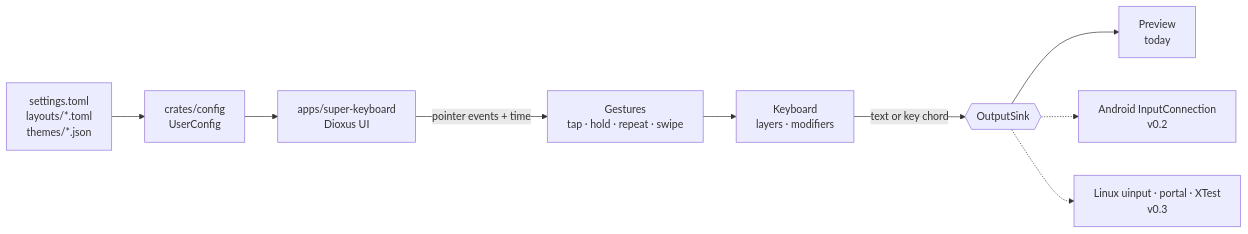
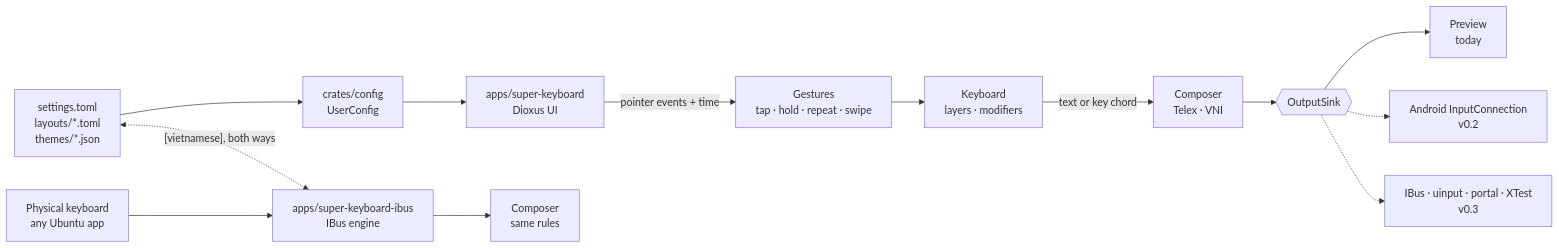
Before and after one commit to khanguyenseltec/super-keyboard: the diagram in README.md, drawn with Mermaid. The commit also changed other lines of this file and 46 other files, not shown here.

````diff
--- a/README.md
+++ b/README.md
@@ -294,11 +373,15 @@
 ```mermaid
 flowchart LR
     files["settings.toml<br/>layouts/*.toml<br/>themes/*.json"] --> config["crates/config<br/>UserConfig"]
     config --> app["apps/super-keyboard<br/>Dioxus UI"]
     app -- "pointer events + time" --> gestures["Gestures<br/>tap · hold · repeat · swipe"]
     gestures --> keyboard["Keyboard<br/>layers · modifiers"]
-    keyboard -- "text or key chord" --> sink{{"OutputSink"}}
+    keyboard -- "text or key chord" --> composer["Composer<br/>Telex · VNI"]
+    composer --> sink{{"OutputSink"}}
     sink --> preview["Preview<br/>today"]
     sink -.-> android["Android InputConnection<br/>v0.2"]
-    sink -.-> linux["Linux uinput · portal · XTest<br/>v0.3"]
+    sink -.-> linux["IBus · uinput · portal · XTest<br/>v0.3"]
+    physical["Physical keyboard<br/>any Ubuntu app"] --> ibus["apps/super-keyboard-ibus<br/>IBus engine"]
+    ibus --> composer2["Composer<br/>same rules"]
+    files <-. "[vietnamese], both ways" .-> ibus
 ```
````
